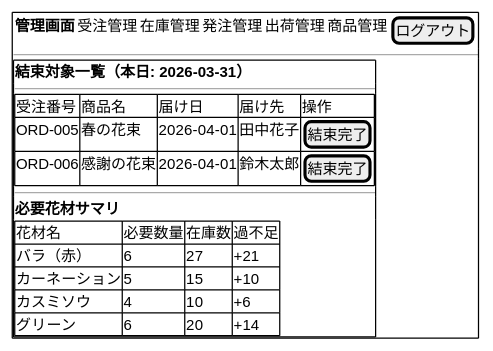
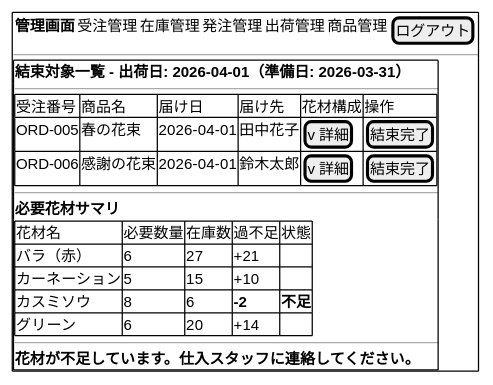
One commit to k2works/case-study-sdd-development changed diagram 18 of 25 in docs/design/ui-design.md. Above: the diagram before and after it, drawn with PlantUML. The commit also changed other lines of this file and 5 other files, not shown here.

````diff
--- a/docs/design/ui-design.md
+++ b/docs/design/ui-design.md
@@ -699,28 +712,30 @@
 ```plantuml
 @startsalt
 {+
   {
     <b>管理画面 | 受注管理 | 在庫管理 | 発注管理 | 出荷管理 | 商品管理 | [ログアウト]
   }
   ---
   {+
-    <b>結束対象一覧（本日: 2026-03-31）
+    <b>結束対象一覧 - 出荷日: 2026-04-01（準備日: 2026-03-31）
     ---
     {#
-      受注番号 | 商品名 | 届け日 | 届け先 | 操作
-      ORD-005 | 春の花束 | 2026-04-01 | 田中花子 | [結束完了]
-      ORD-006 | 感謝の花束 | 2026-04-01 | 鈴木太郎 | [結束完了]
+      受注番号 | 商品名 | 届け日 | 届け先 | 花材構成 | 操作
+      ORD-005 | 春の花束 | 2026-04-01 | 田中花子 | [v 詳細] | [結束完了]
+      ORD-006 | 感謝の花束 | 2026-04-01 | 鈴木太郎 | [v 詳細] | [結束完了]
     }
     ---
     <b>必要花材サマリ
     {#
-      花材名 | 必要数量 | 在庫数 | 過不足
-      バラ（赤） | 6 | 27 | +21
-      カーネーション | 5 | 15 | +10
-      カスミソウ | 4 | 10 | +6
-      グリーン | 6 | 20 | +14
+      花材名 | 必要数量 | 在庫数 | 過不足 | 状態
+      バラ（赤） | 6 | 27 | +21 | .
+      カーネーション | 5 | 15 | +10 | .
+      カスミソウ | 8 | 6 | <b>-2 | **不足**
+      グリーン | 6 | 20 | +14 | .
     }
+    ---
+    **花材が不足しています。仕入スタッフに連絡してください。**
   }
 }
 @endsalt
 ```
````
